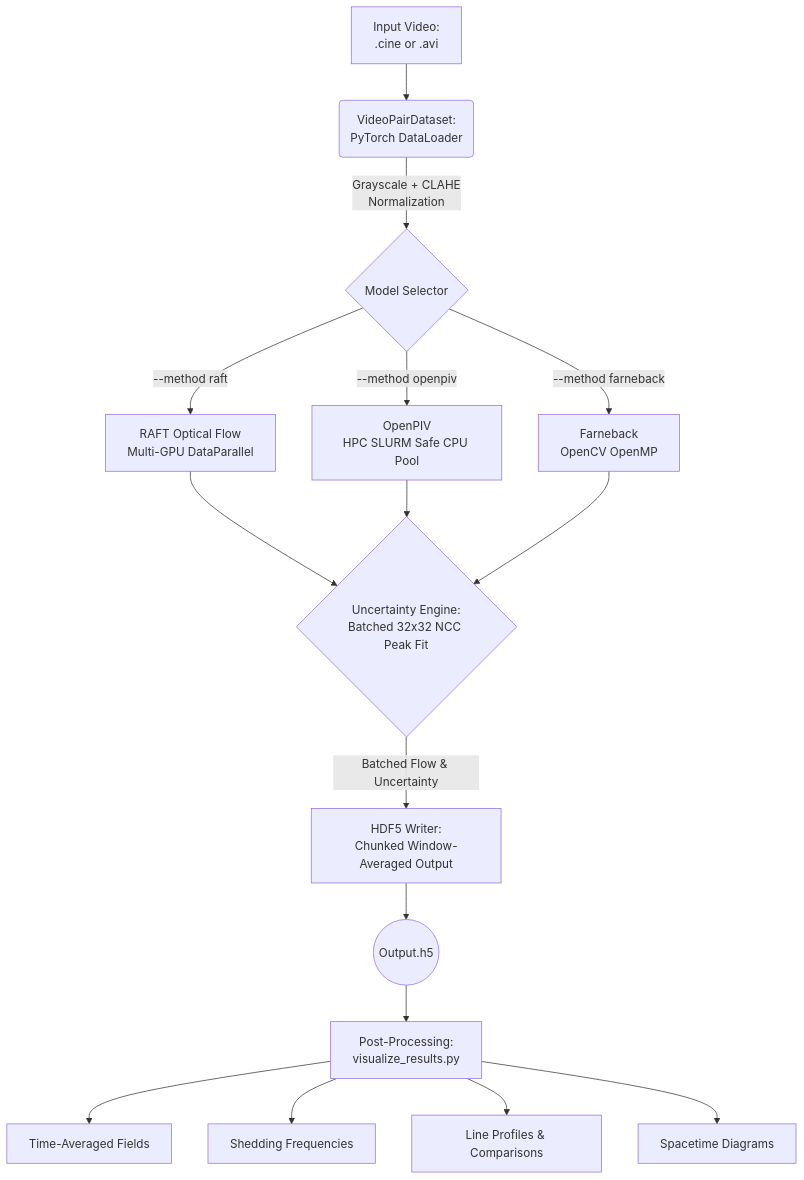
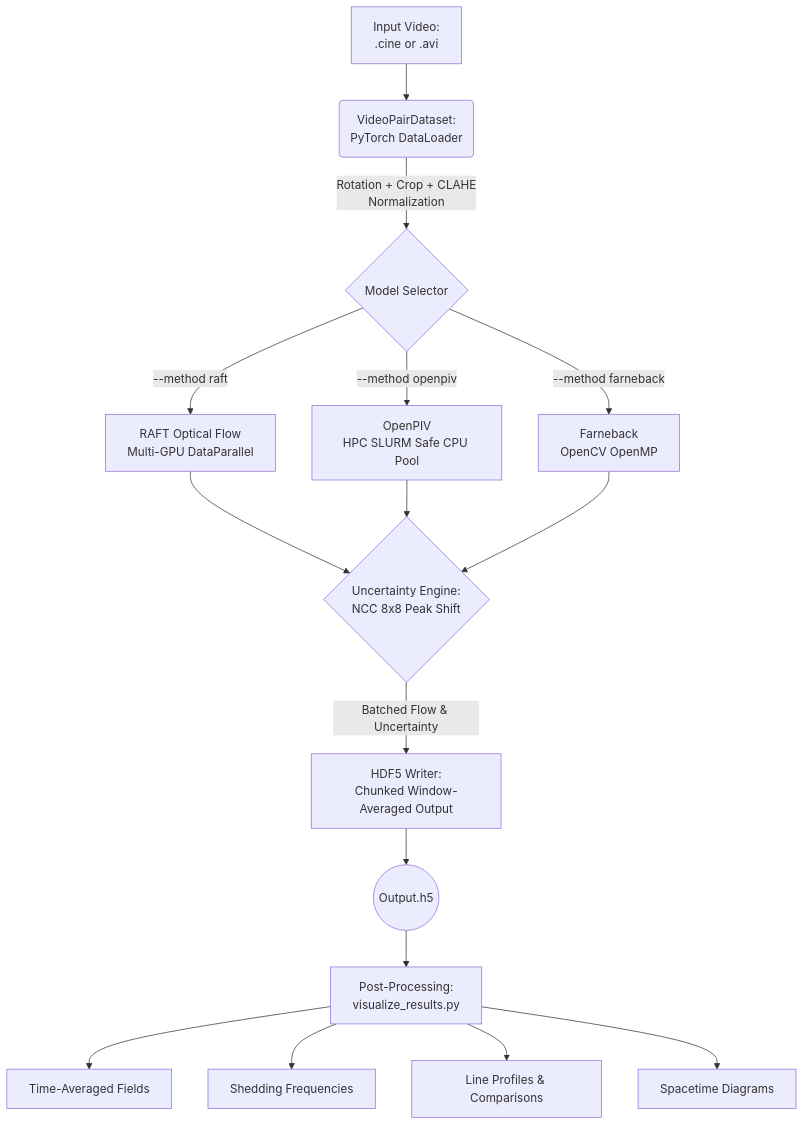
Before and after one commit to ChNagaNitish/velocimetry_for_multiphase: the diagram in README.md, drawn with Mermaid. The commit also changed other lines of this file and 8 other files, not shown here.

````diff
--- a/README.md
+++ b/README.md
@@ -12,24 +12,24 @@
 ```mermaid
 graph TD
     A[Input Video:<br>.cine or .avi] --> B(VideoPairDataset:<br>PyTorch DataLoader)
-    B -->|Grayscale + CLAHE <br> Normalization| C{Model Selector}
+    B -->|Rotation + Crop + CLAHE <br> Normalization| C{Model Selector}
     
     C -->|--method raft| D[RAFT Optical Flow<br>Multi-GPU DataParallel]
     C -->|--method openpiv| E[OpenPIV<br>HPC SLURM Safe CPU Pool]
     C -->|--method farneback| F[Farneback<br>OpenCV OpenMP]
     
-    D --> G{Uncertainty Engine:<br>Batched 32x32 NCC Peak Fit}
+    D --> G{Uncertainty Engine:<br>NCC 8x8 Peak Shift}
     E --> G
     F --> G
     
     G -->|Batched Flow & Uncertainty| H[HDF5 Writer:<br>Chunked Window-Averaged Output]
     
     H --> I((Output.h5))
     
     I --> J[Post-Processing:<br>visualize_results.py]
     
     J --> K[Time-Averaged Fields]
     J --> L[Shedding Frequencies]
     J --> M[Line Profiles & Comparisons]
     J --> N[Spacetime Diagrams]
 ```
````
